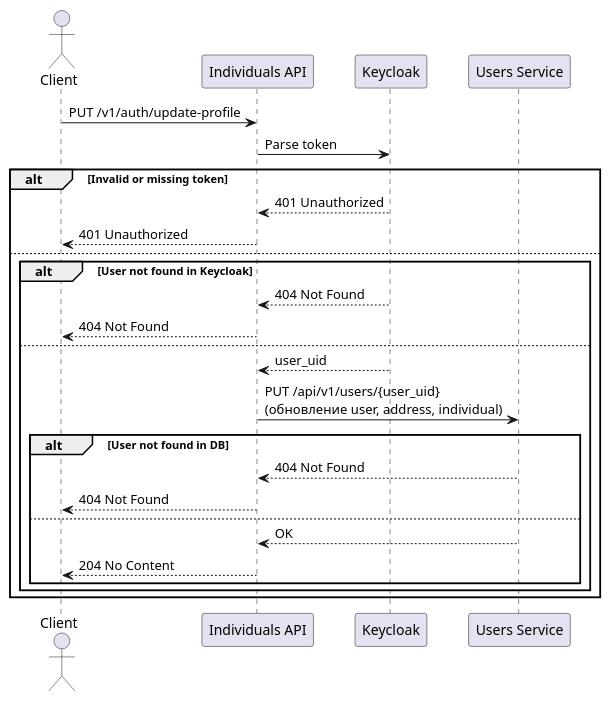
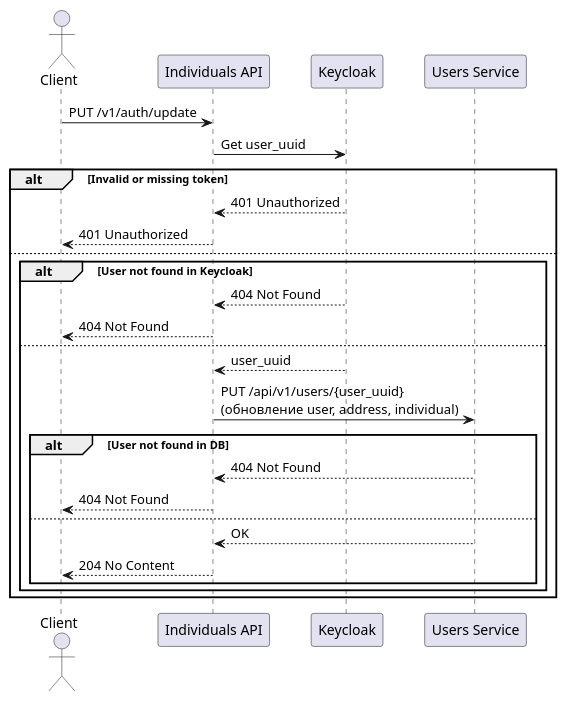
One commit to Anya1107/payment-system changed the fourth of 5 diagrams in user-service/README.MD. Above: the diagram before and after it, drawn with PlantUML. The commit also changed other lines of this file, not shown here.

Commit message:
fix sequence diagrams

````diff
--- a/user-service/README.MD
+++ b/user-service/README.MD
@@ -123,33 +123,33 @@
 ```plantuml
 @startuml
 actor Client
 participant "Individuals API" as API
 participant "Keycloak" as Keycloak
 participant "Users Service" as UsersService
 
-Client -> API: PUT /v1/auth/update-profile
-API -> Keycloak: Parse token
+Client -> API: PUT /v1/auth/update
+API -> Keycloak: Get user_uuid
 
 alt Invalid or missing token
     Keycloak --> API: 401 Unauthorized
     API --> Client: 401 Unauthorized
 else
     alt User not found in Keycloak
         Keycloak --> API: 404 Not Found
         API --> Client: 404 Not Found
     else
-        Keycloak --> API: user_uid
+        Keycloak --> API: user_uuid
 
-        API -> UsersService: PUT /api/v1/users/{user_uid}\n(обновление user, address, individual)
+        API -> UsersService: PUT /api/v1/users/{user_uuid}\n(обновление user, address, individual)
 
         alt User not found in DB
             UsersService --> API: 404 Not Found
             API --> Client: 404 Not Found
         else
             UsersService --> API: OK
             API --> Client: 204 No Content
         end
     end
 end
 @enduml
 ```
````
